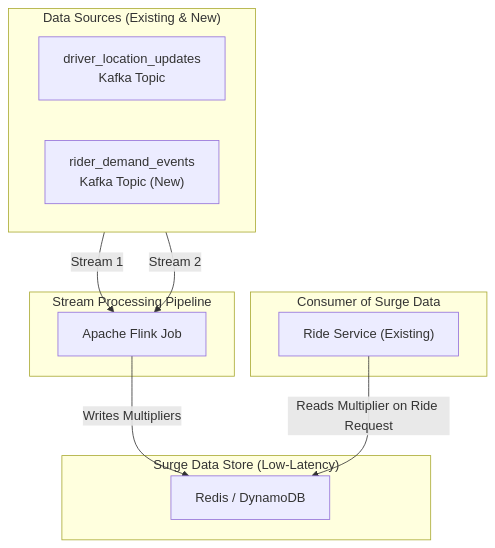
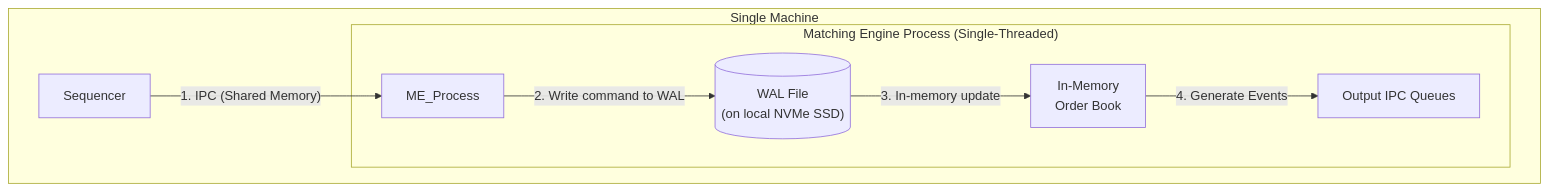
The third of 3 diagrams in test_markdown.md (cameyer-1/guide), drawn with Mermaid before and after one commit. The commit also changed other lines of this file, not shown here.

````diff
--- a/test_markdown.md
+++ b/test_markdown.md
@@ -12,25 +608,12 @@
 ```mermaid
 graph TD
-    subgraph "Data Sources (Existing & New)"
-        direction LR
-        DriverUpdates["driver_location_updates <br> Kafka Topic"]
-        RiderDemand["rider_demand_events <br> Kafka Topic (New)"]
+    subgraph "Single Machine"
+        Sequencer -- "1. IPC (Shared Memory)" --> ME_Process;
+        
+        subgraph "Matching Engine Process (Single-Threaded)"
+            ME_Process -- "2. Write command to WAL" --> WAL_File[("WAL File<br/>(on local NVMe SSD)")]
+            WAL_File -- "3. In-memory update" --> OrderBook["In-Memory<br/>Order Book"]
+            OrderBook -- "4. Generate Events" --> Output_Queues["Output IPC Queues"]
+        end
     end
-    
-    subgraph "Stream Processing Pipeline"
-        FlinkApp[Apache Flink Job]
-    end
-
-    subgraph "Consumer of Surge Data"
-        RideService["Ride Service (Existing)"]
-    end
-    
-    subgraph "Surge Data Store (Low-Latency)"
-        Redis["Redis / DynamoDB"]
-    end
-
-    DriverUpdates -- "Stream 1" --> FlinkApp
-    RiderDemand -- "Stream 2" --> FlinkApp
-    FlinkApp -- "Writes Multipliers" --> Redis
-    RideService -- "Reads Multiplier on Ride Request" --> Redis
 ```
````
